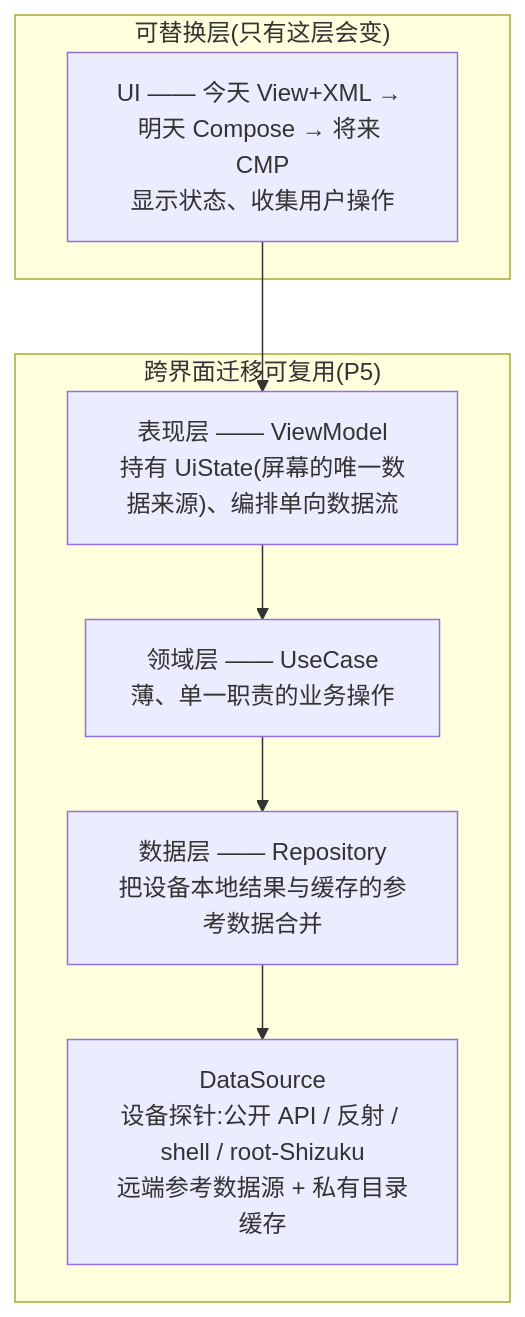
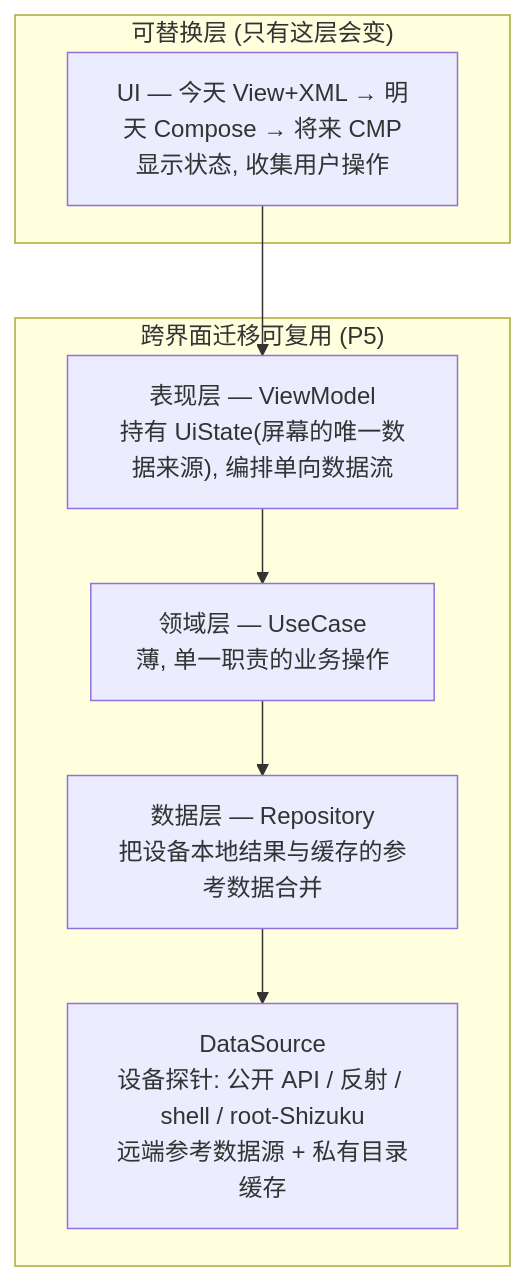
One commit to imknown/AndroidLowLevelDetector changed the first of 3 diagrams in docs/spec-cn/04-architecture-and-decisions.md. Above: the diagram before and after it, drawn with Mermaid. The commit also changed other lines of this file and 31 other files, not shown here.

````diff
--- a/docs/spec-cn/04-architecture-and-decisions.md
+++ b/docs/spec-cn/04-architecture-and-decisions.md
@@ -45,13 +45,13 @@
 ```mermaid
 flowchart TD
-    subgraph Replaceable["可替换层(只有这层会变)"]
-        Ui["UI —— 今天 View+XML → 明天 Compose → 将来 CMP<br/>显示状态、收集用户操作"]
+    subgraph Replaceable["可替换层 (只有这层会变)"]
+        Ui["UI — 今天 View+XML → 明天 Compose → 将来 CMP<br/>显示状态, 收集用户操作"]
     end
-    subgraph Reusable["跨界面迁移可复用(P5)"]
-        ViewModel["表现层 —— ViewModel<br/>持有 UiState(屏幕的唯一数据来源)、编排单向数据流"]
-        UseCase["领域层 —— UseCase<br/>薄、单一职责的业务操作"]
-        Repository["数据层 —— Repository<br/>把设备本地结果与缓存的参考数据合并"]
-        DataSource["DataSource<br/>设备探针:公开 API / 反射 / shell / root-Shizuku<br/>远端参考数据源 + 私有目录缓存"]
+    subgraph Reusable["跨界面迁移可复用 (P5)"]
+        ViewModel["表现层 — ViewModel<br/>持有 UiState(屏幕的唯一数据来源), 编排单向数据流"]
+        UseCase["领域层 — UseCase<br/>薄, 单一职责的业务操作"]
+        Repository["数据层 — Repository<br/>把设备本地结果与缓存的参考数据合并"]
+        DataSource["DataSource<br/>设备探针: 公开 API / 反射 / shell / root-Shizuku<br/>远端参考数据源 + 私有目录缓存"]
     end
     Ui --> ViewModel --> UseCase --> Repository --> DataSource
 ```
````
